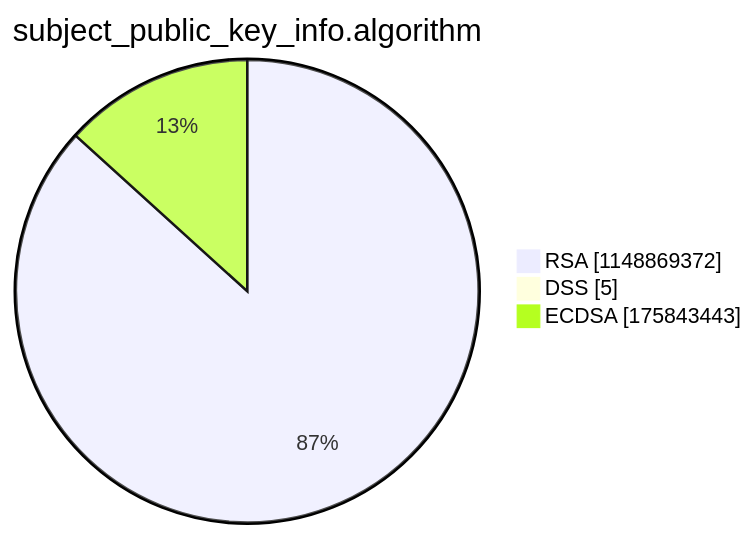
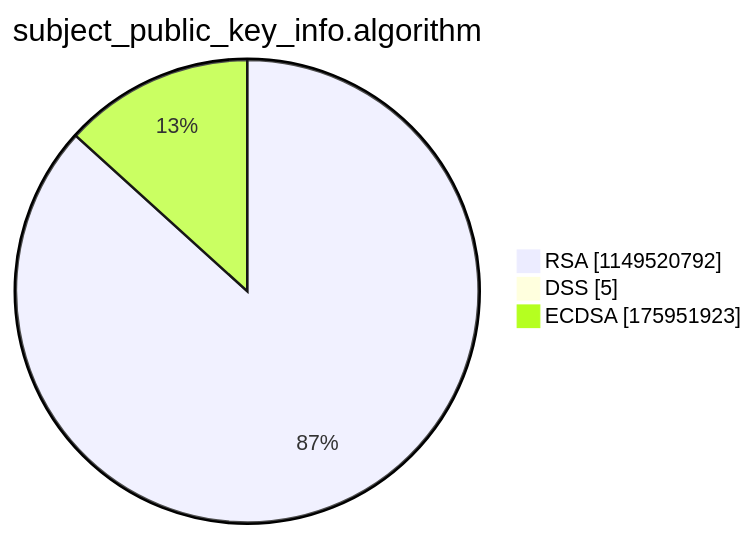
The third of 15 diagrams in argon2022/README.md (christiankrug/ctmonitor_visualization), drawn with Mermaid before and after one commit. The commit also changed other lines of this file, not shown here.

````diff
--- a/argon2022/README.md
+++ b/argon2022/README.md
@@ -14,7 +14,7 @@
 ```mermaid
 pie showData
 title subject_public_key_info.algorithm
-"RSA" :1148869372
+"RSA" :1149520792
 "DSS" :5
-"ECDSA" :175843443
+"ECDSA" :175951923
 ```
````
